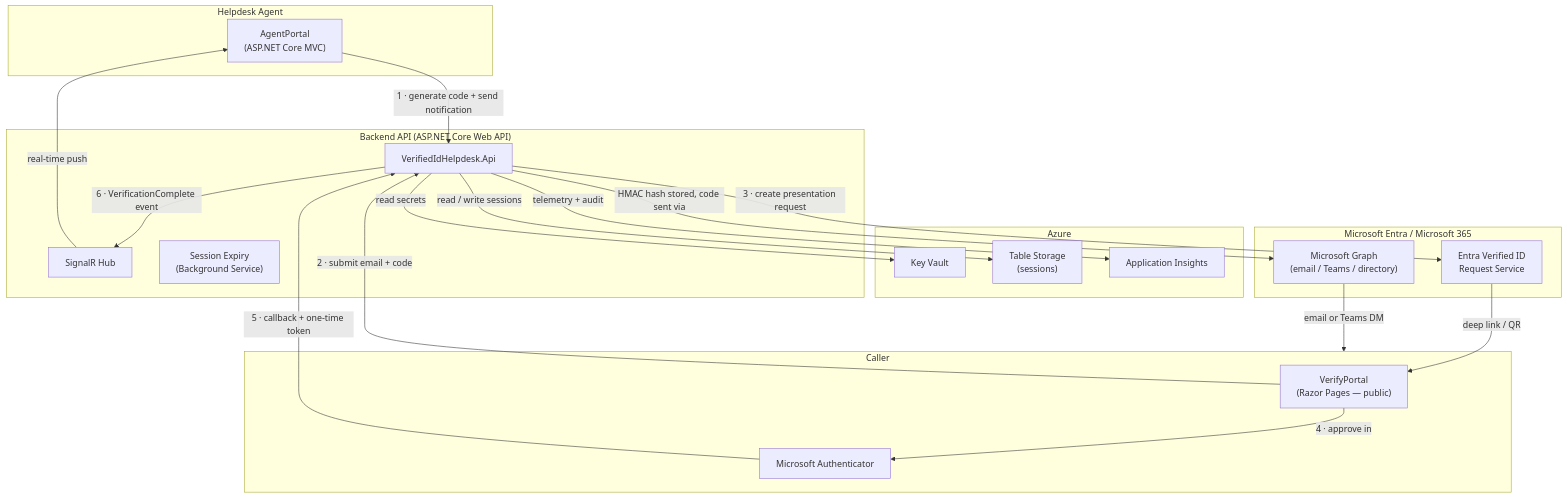
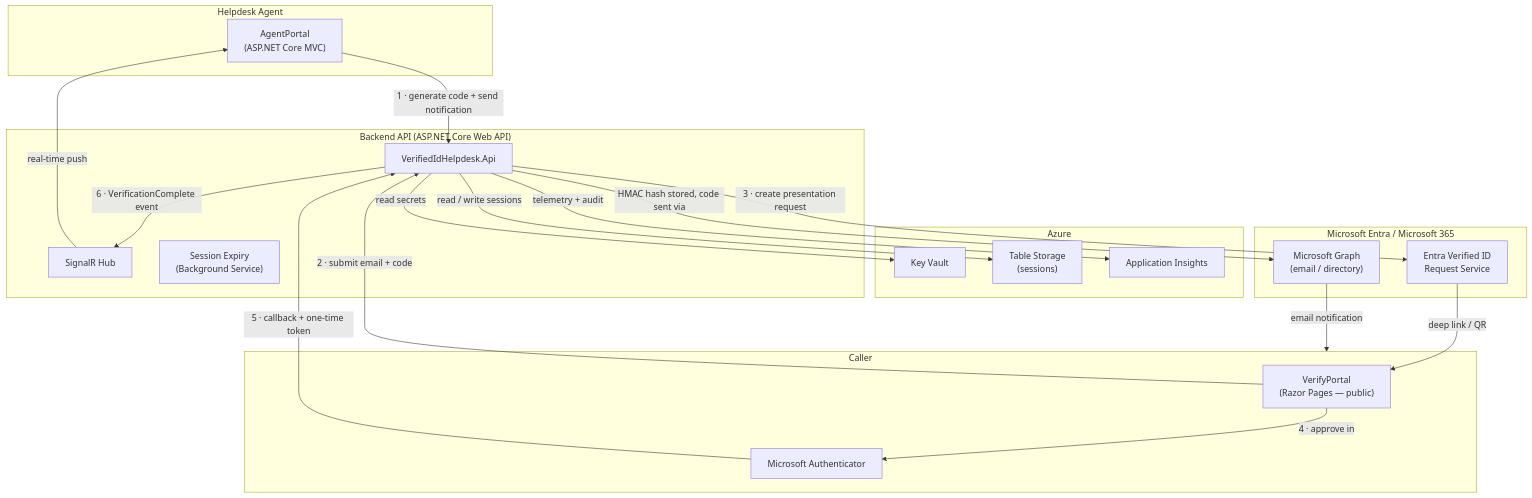
Before and after one commit to joelst/entra-verified-id-helpdesk: the diagram in README.md, drawn with Mermaid. The commit also changed other lines of this file and 7 other files, not shown here.

Commit message:
feat: update documentation and code to reflect temporary disablement of Teams delivery, fallback to email, and enhance notification handling

````diff
--- a/README.md
+++ b/README.md
@@ -32,45 +32,45 @@
 ```mermaid
 flowchart TD
     subgraph Agent["Helpdesk Agent"]
         AP["AgentPortal\n(ASP.NET Core MVC)"]
     end
 
     subgraph Caller["Caller"]
         VP["VerifyPortal\n(Razor Pages — public)"]
         MA["Microsoft Authenticator"]
     end
 
     subgraph Backend["Backend API (ASP.NET Core Web API)"]
         API["VerifiedIdHelpdesk.Api"]
         HUB["SignalR Hub"]
         EXP["Session Expiry\n(Background Service)"]
     end
 
     subgraph Azure["Azure"]
         KV["Key Vault"]
         ST["Table Storage\n(sessions)"]
         AI["Application Insights"]
     end
 
     subgraph Entra["Microsoft Entra / Microsoft 365"]
         VID["Entra Verified ID\nRequest Service"]
-        GR["Microsoft Graph\n(email / Teams / directory)"]
+        GR["Microsoft Graph\n(email / directory)"]
     end
 
     AP -->|"1 · generate code + send notification"| API
     API -->|"HMAC hash stored, code sent via"| GR
-    GR -->|"email or Teams DM"| Caller
+    GR -->|"email notification"| Caller
 
     VP -->|"2 · submit email + code"| API
     API -->|"3 · create presentation request"| VID
     VID -->|"deep link / QR"| VP
     VP -->|"4 · approve in"| MA
     MA -->|"5 · callback + one-time token"| API
 
     API -->|"read / write sessions"| ST
     API -->|"read secrets"| KV
     API -->|"telemetry + audit"| AI
 
     API -->|"6 · VerificationComplete event"| HUB
     HUB -->|"real-time push"| AP
 ```
````
